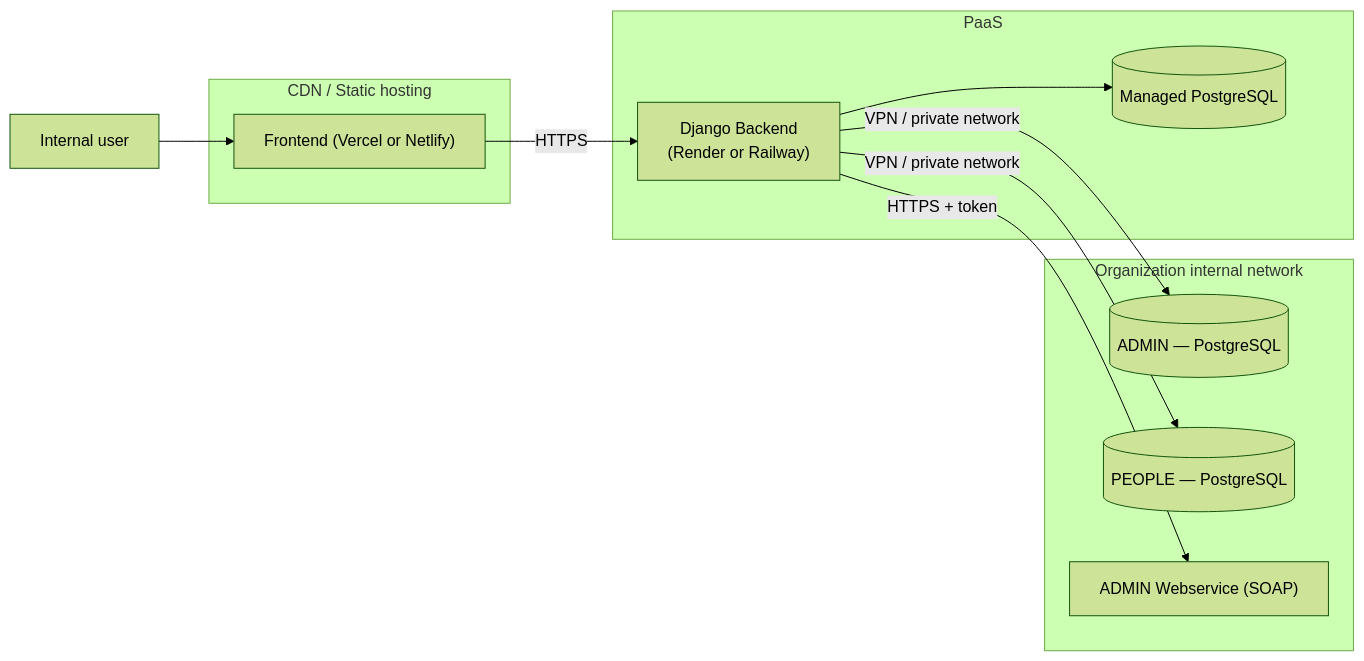
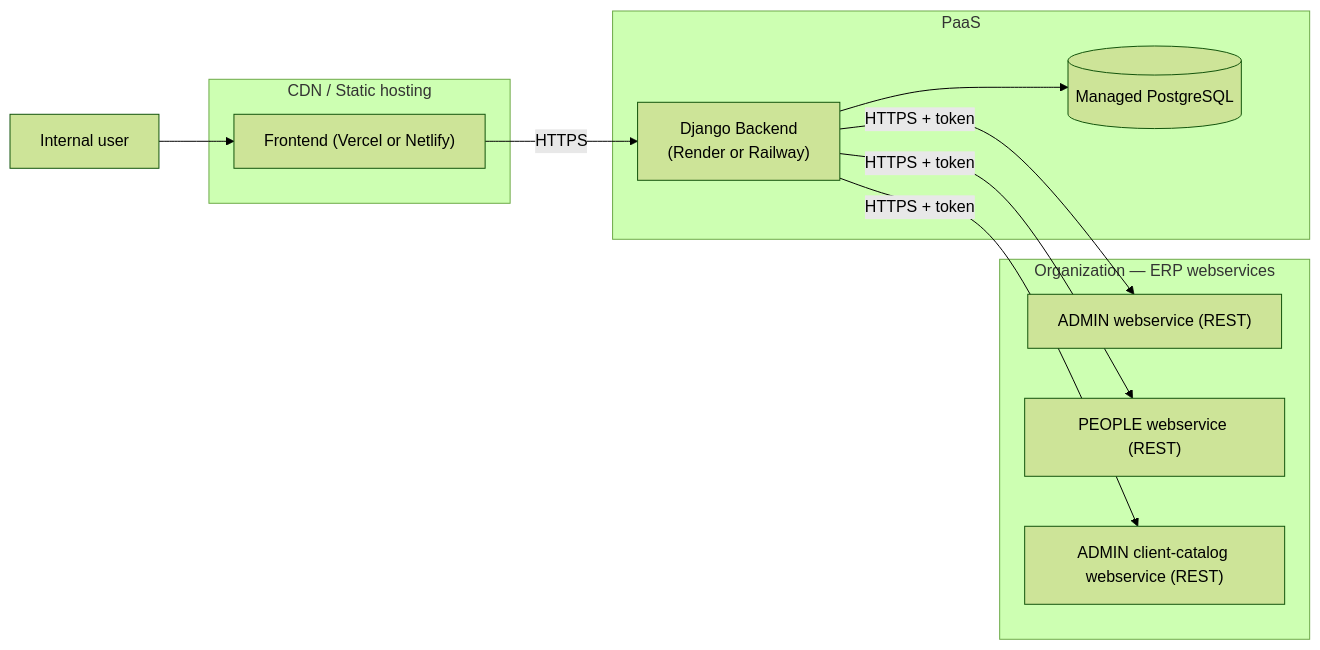
The second of 4 diagrams in readme.md (LIDR-academy/AI4Devs-finalproject), drawn with Mermaid (forest theme) before and after one commit. The commit also changed other lines of this file and 300 other files, not shown here.

````diff
--- a/readme.md
+++ b/readme.md
@@ -216,22 +261,22 @@
 ```mermaid
 flowchart LR
     subgraph CDN["CDN / Static hosting"]
         FE["Frontend (Vercel or Netlify)"]
     end
     subgraph PAAS["PaaS"]
         BE["Django Backend<br/>(Render or Railway)"]
         DB[("Managed PostgreSQL")]
     end
-    subgraph ORG["Organization internal network"]
-        ADMIN[("ADMIN — PostgreSQL")]
-        PEOPLE[("PEOPLE — PostgreSQL")]
-        WS["ADMIN Webservice (SOAP)"]
+    subgraph ORG["Organization — ERP webservices"]
+        ADMIN["ADMIN webservice (REST)"]
+        PEOPLE["PEOPLE webservice (REST)"]
+        WS["ADMIN client-catalog webservice (REST)"]
     end
 
     USER["Internal user"] --> FE
     FE -->|"HTTPS"| BE
     BE --> DB
-    BE -->|"VPN / private network"| ADMIN
-    BE -->|"VPN / private network"| PEOPLE
+    BE -->|"HTTPS + token"| ADMIN
+    BE -->|"HTTPS + token"| PEOPLE
     BE -->|"HTTPS + token"| WS
 ```
````
